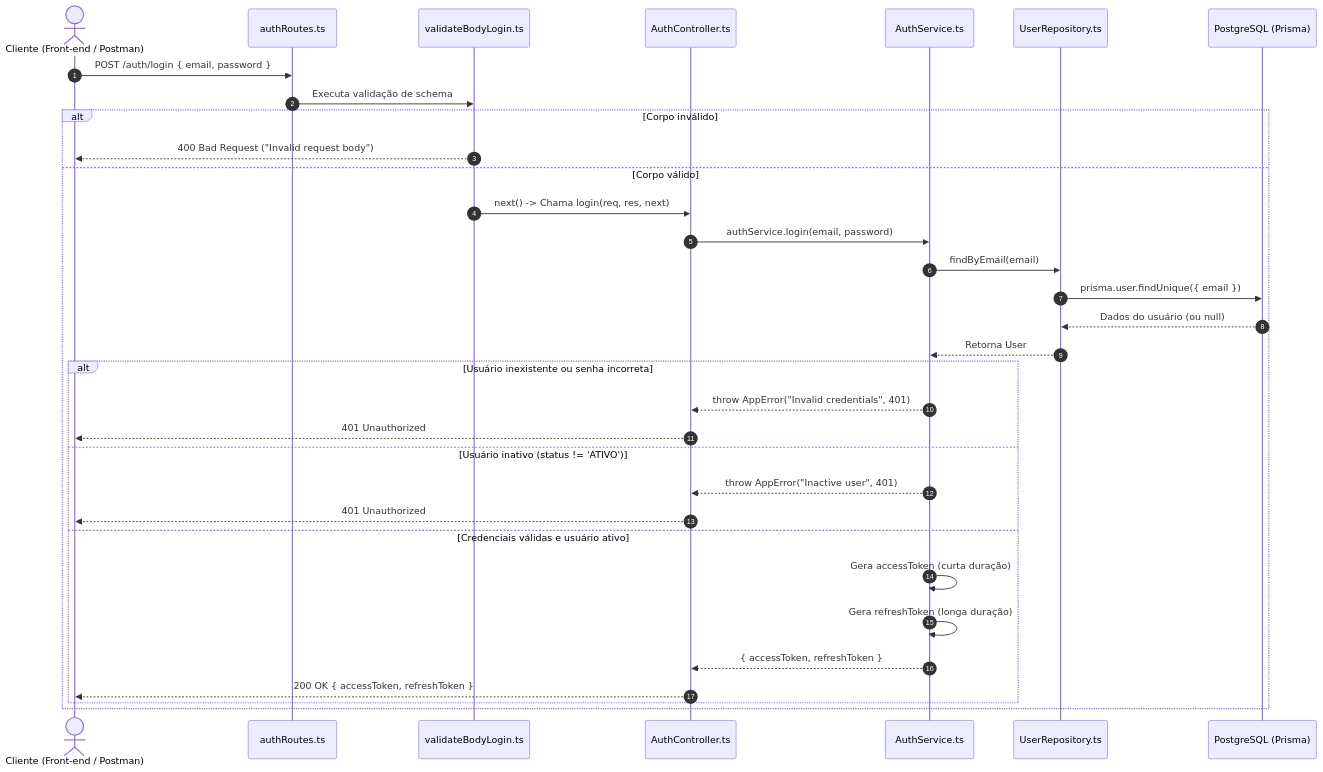
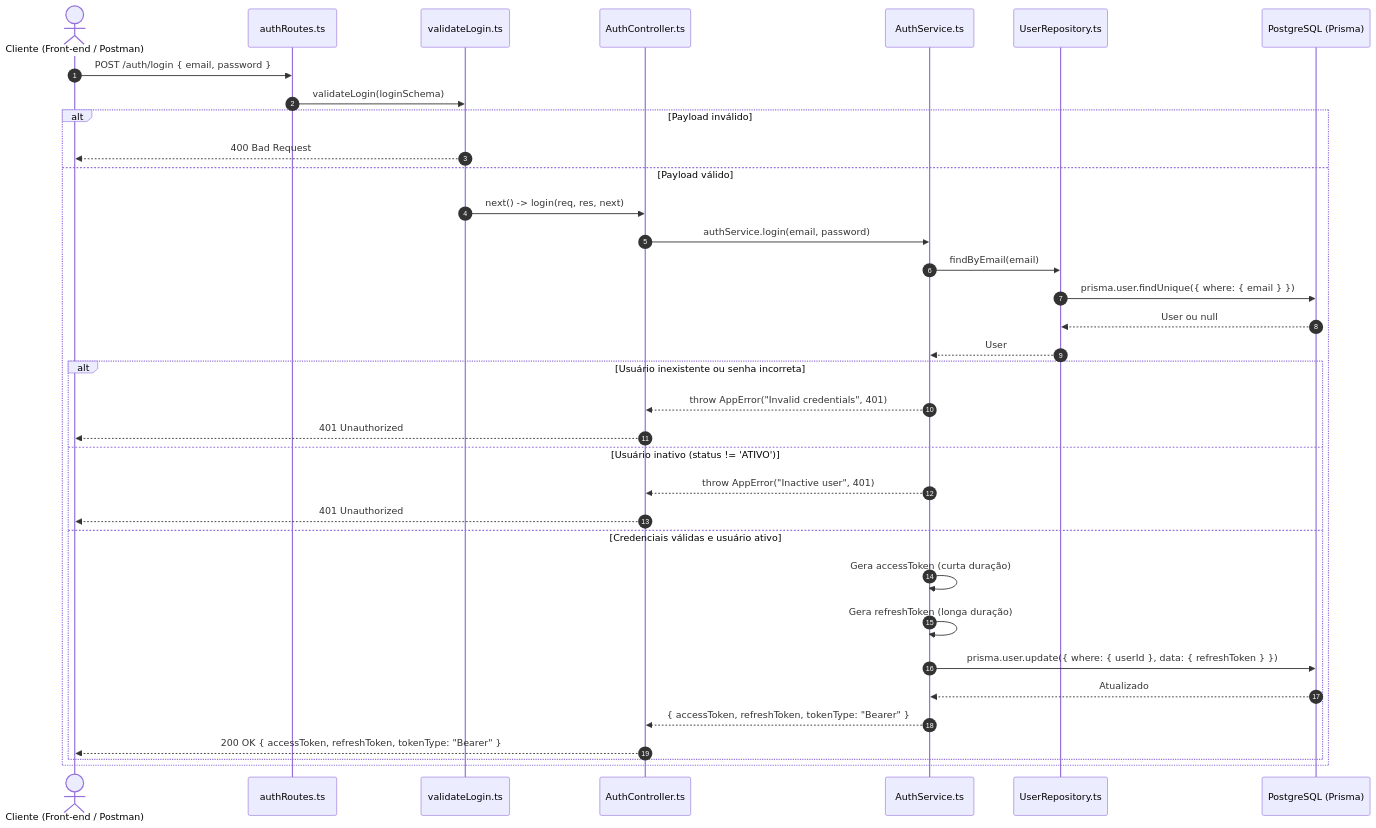
The first of 4 diagrams in docs/fluxo_autenticacao.md (RafaelBarale/controle-horas-backend-ts), drawn with Mermaid before and after one commit. The commit also changed other lines of this file and 9 other files, not shown here.

````diff
--- a/docs/fluxo_autenticacao.md
+++ b/docs/fluxo_autenticacao.md
@@ -26,37 +28,39 @@
 ```mermaid
 sequenceDiagram
     autonumber
     actor Cliente as Cliente (Front-end / Postman)
     participant Route as authRoutes.ts
-    participant Middleware as validateBodyLogin.ts
+    participant ValMW as validateLogin.ts
     participant Controller as AuthController.ts
     participant Service as AuthService.ts
     participant Repo as UserRepository.ts
     participant DB as PostgreSQL (Prisma)
 
     Cliente->>Route: POST /auth/login { email, password }
-    Route->>Middleware: Executa validação de schema
-    alt Corpo inválido
-        Middleware-->>Cliente: 400 Bad Request ("Invalid request body")
-    else Corpo válido
-        Middleware->>Controller: next() -> Chama login(req, res, next)
+    Route->>ValMW: validateLogin(loginSchema)
+    alt Payload inválido
+        ValMW-->>Cliente: 400 Bad Request
+    else Payload válido
+        ValMW->>Controller: next() -> login(req, res, next)
         Controller->>Service: authService.login(email, password)
         Service->>Repo: findByEmail(email)
-        Repo->>DB: prisma.user.findUnique({ email })
-        DB-->>Repo: Dados do usuário (ou null)
-        Repo-->>Service: Retorna User
+        Repo->>DB: prisma.user.findUnique({ where: { email } })
+        DB-->>Repo: User ou null
+        Repo-->>Service: User
 
         alt Usuário inexistente ou senha incorreta
             Service-->>Controller: throw AppError("Invalid credentials", 401)
             Controller-->>Cliente: 401 Unauthorized
         else Usuário inativo (status != 'ATIVO')
             Service-->>Controller: throw AppError("Inactive user", 401)
             Controller-->>Cliente: 401 Unauthorized
         else Credenciais válidas e usuário ativo
             Service->>Service: Gera accessToken (curta duração)
             Service->>Service: Gera refreshToken (longa duração)
-            Service-->>Controller: { accessToken, refreshToken }
-            Controller-->>Cliente: 200 OK { accessToken, refreshToken }
+            Service->>DB: prisma.user.update({ where: { userId }, data: { refreshToken } })
+            DB-->>Service: Atualizado
+            Service-->>Controller: { accessToken, refreshToken, tokenType: "Bearer" }
+            Controller-->>Cliente: 200 OK { accessToken, refreshToken, tokenType: "Bearer" }
         end
     end
 ```
````
